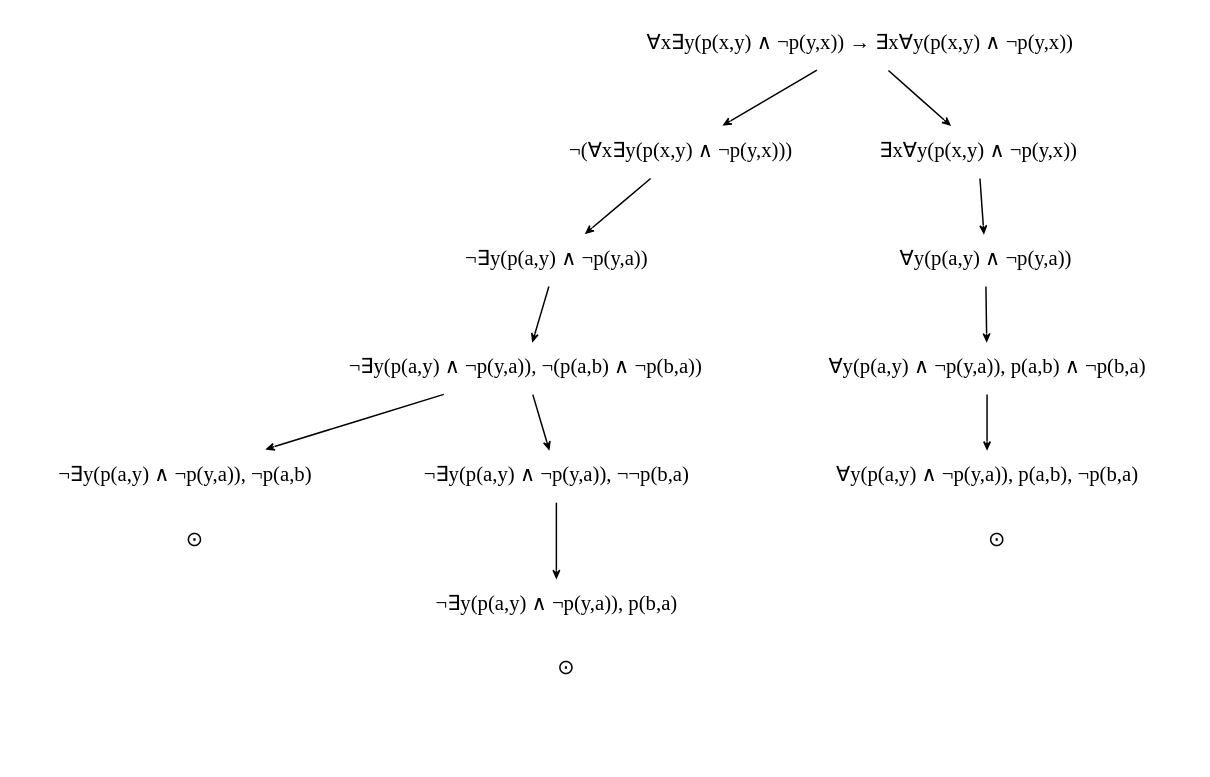
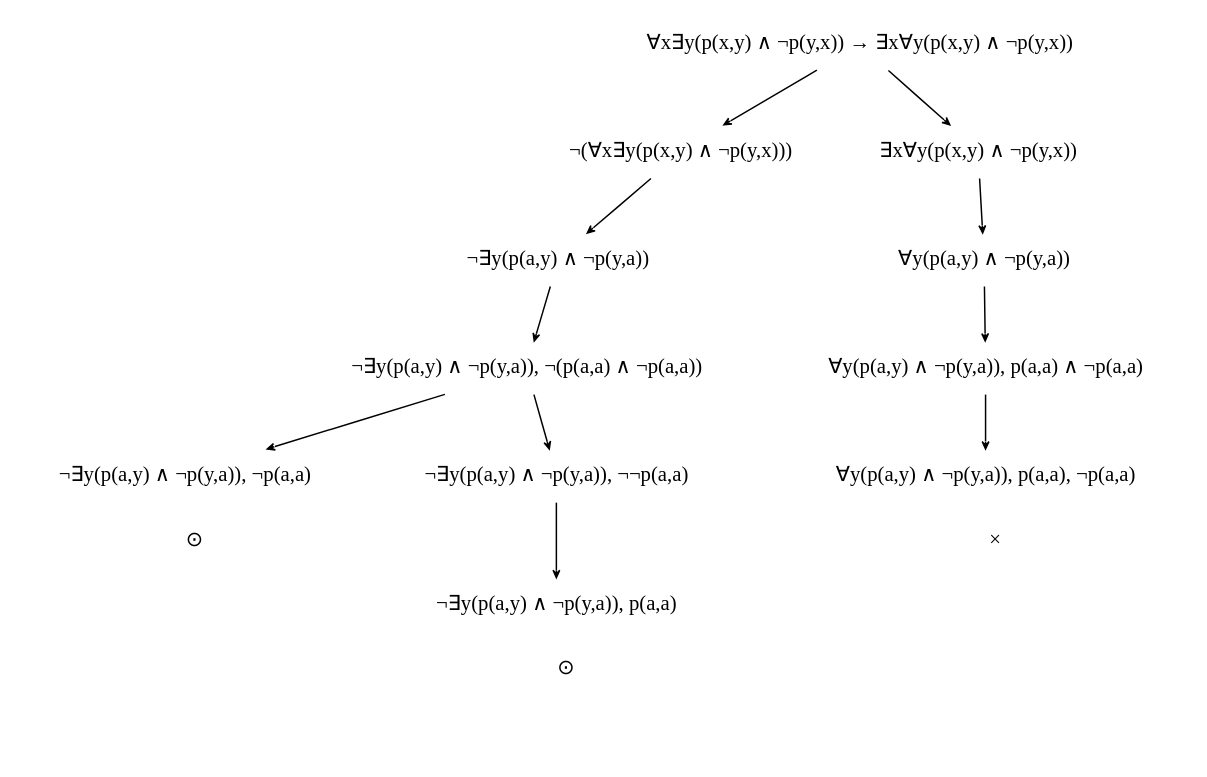
One commit to chris-steenkamp/COS4807 changed the diagram in Assignment03/q5.1.dot. Above: the diagram before and after it, drawn with Graphviz. The commit also changed 1 other file, not shown here.

```diff
--- a/Assignment03/q5.1.dot
+++ b/Assignment03/q5.1.dot
@@ -1,31 +1,31 @@
 digraph G {
     splines="FALSE";
     edge [arrowhead=vee arrowsize=0.5]
     node [shape="none"]
     o1 [label=""]
     x1211 [label=""]
     x1222 [label=""]
     x2310 [label=""]
 
     l0000 [label="∀x∃y(p(x,y) ∧ ¬p(y,x)) → ∃x∀y(p(x,y) ∧ ¬p(y,x))"]
     l1000 [label="¬(∀x∃y(p(x,y) ∧ ¬p(y,x)))"]
     l1100 [label="¬∃y(p(a,y) ∧ ¬p(y,a))"]
-    l1200 [label="¬∃y(p(a,y) ∧ ¬p(y,a)), ¬(p(a,b) ∧ ¬p(b,a))"]
-    l1210 [label="¬∃y(p(a,y) ∧ ¬p(y,a)), ¬p(a,b)"]
-    l1220 [label="¬∃y(p(a,y) ∧ ¬p(y,a)), ¬¬p(b,a)"]
-    l1221 [label="¬∃y(p(a,y) ∧ ¬p(y,a)), p(b,a)"]
+    l1200 [label="¬∃y(p(a,y) ∧ ¬p(y,a)), ¬(p(a,a) ∧ ¬p(a,a))"]
+    l1210 [label="¬∃y(p(a,y) ∧ ¬p(y,a)), ¬p(a,a)"]
+    l1220 [label="¬∃y(p(a,y) ∧ ¬p(y,a)), ¬¬p(a,a)"]
+    l1221 [label="¬∃y(p(a,y) ∧ ¬p(y,a)), p(a,a)"]
     
     l2000 [label="∃x∀y(p(x,y) ∧ ¬p(y,x))"]
     l2100 [label="∀y(p(a,y) ∧ ¬p(y,a))"]
-    l2200 [label="∀y(p(a,y) ∧ ¬p(y,a)), p(a,b) ∧ ¬p(b,a)"]
-    l2300 [label="∀y(p(a,y) ∧ ¬p(y,a)), p(a,b), ¬p(b,a)"]
+    l2200 [label="∀y(p(a,y) ∧ ¬p(y,a)), p(a,a) ∧ ¬p(a,a)"]
+    l2300 [label="∀y(p(a,y) ∧ ¬p(y,a)), p(a,a), ¬p(a,a)"]
 
     l0000 -> {l1000, l2000}
     l1000 -> l1100 -> l1200 -> {l1210, l1220}
     l1220 -> l1221
     l2000 -> l2100 -> l2200 -> l2300
 
     l1210 -> x1211 [label="⊙" color=white]
     l1221 -> x1222 [label="⊙" color=white]
-    l2300 -> x2310 [label="⊙" color=white]
+    l2300 -> x2310 [label="×" color=white]
 }
```
